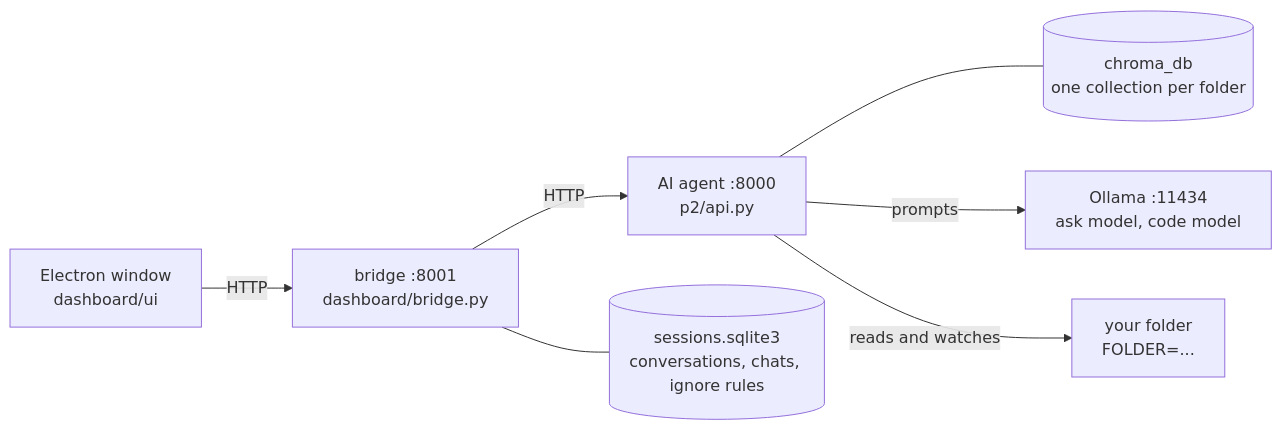
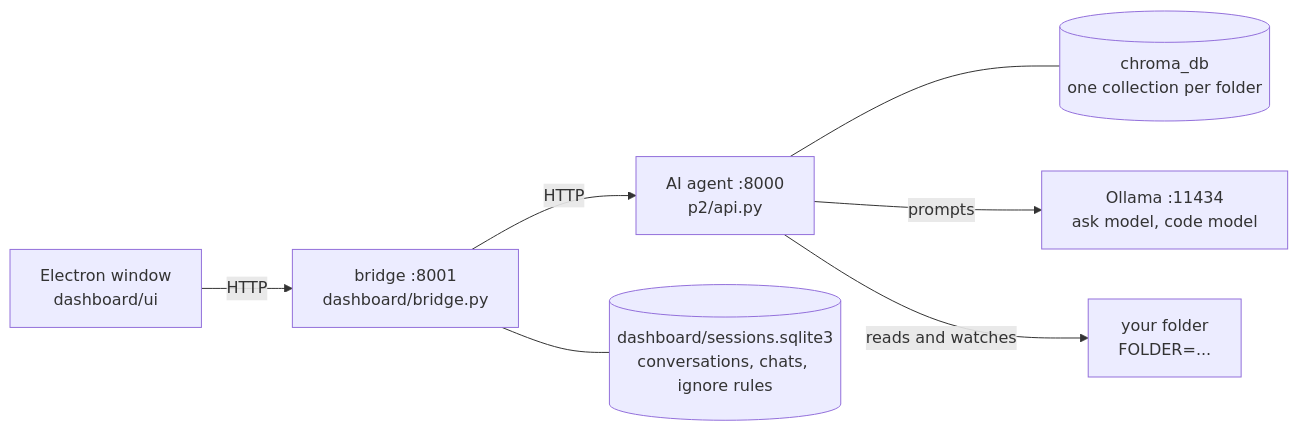
Before and after one commit to mofassa1/inception_of_context: the first of 11 diagrams in README.md, drawn with Mermaid. The commit also changed other lines of this file and 44 other files, not shown here.

````diff
--- a/README.md
+++ b/README.md
@@ -44,9 +45,9 @@
 ```mermaid
 flowchart LR
     W["Electron window<br/>dashboard/ui"] -->|HTTP| S["bridge :8001<br/>dashboard/bridge.py"]
     S -->|HTTP| A["AI agent :8000<br/>p2/api.py"]
-    S --- DB[("sessions.sqlite3<br/>conversations, chats, ignore rules")]
+    S --- DB[("dashboard/sessions.sqlite3<br/>conversations, chats, ignore rules")]
     A --- C[("chroma_db<br/>one collection per folder")]
     A -->|prompts| O["Ollama :11434<br/>ask model, code model"]
     A -->|reads and watches| F["your folder<br/>FOLDER=..."]
 ```
````
